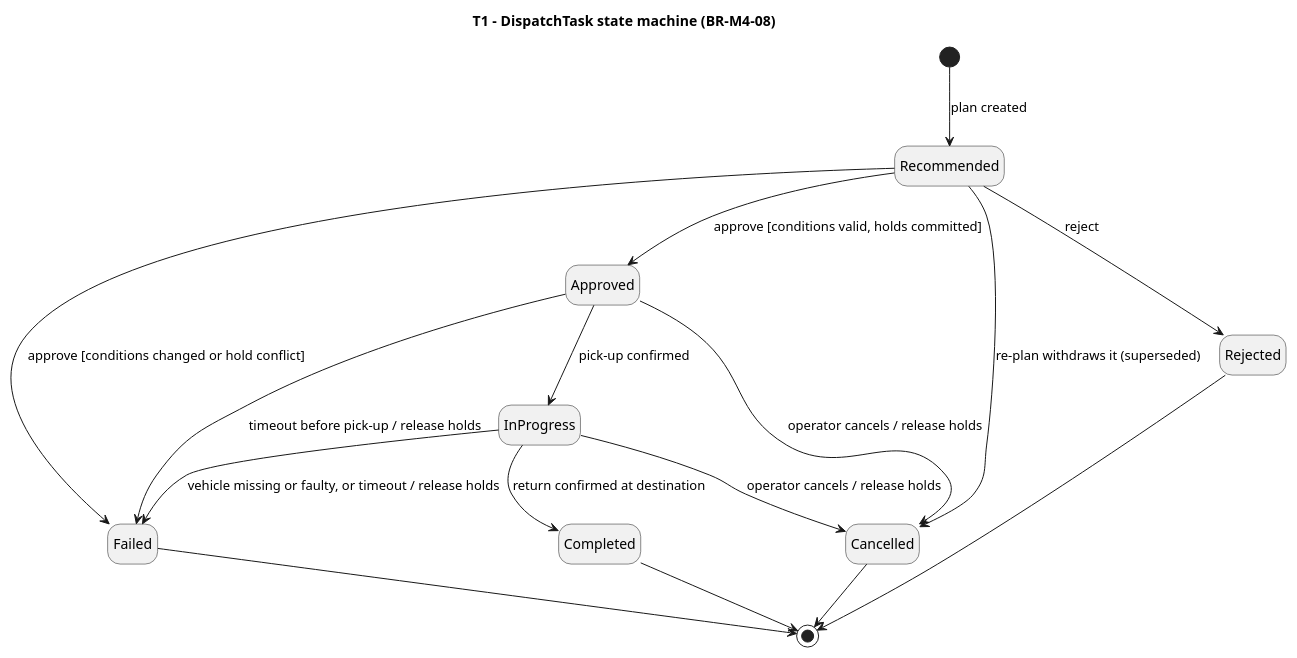
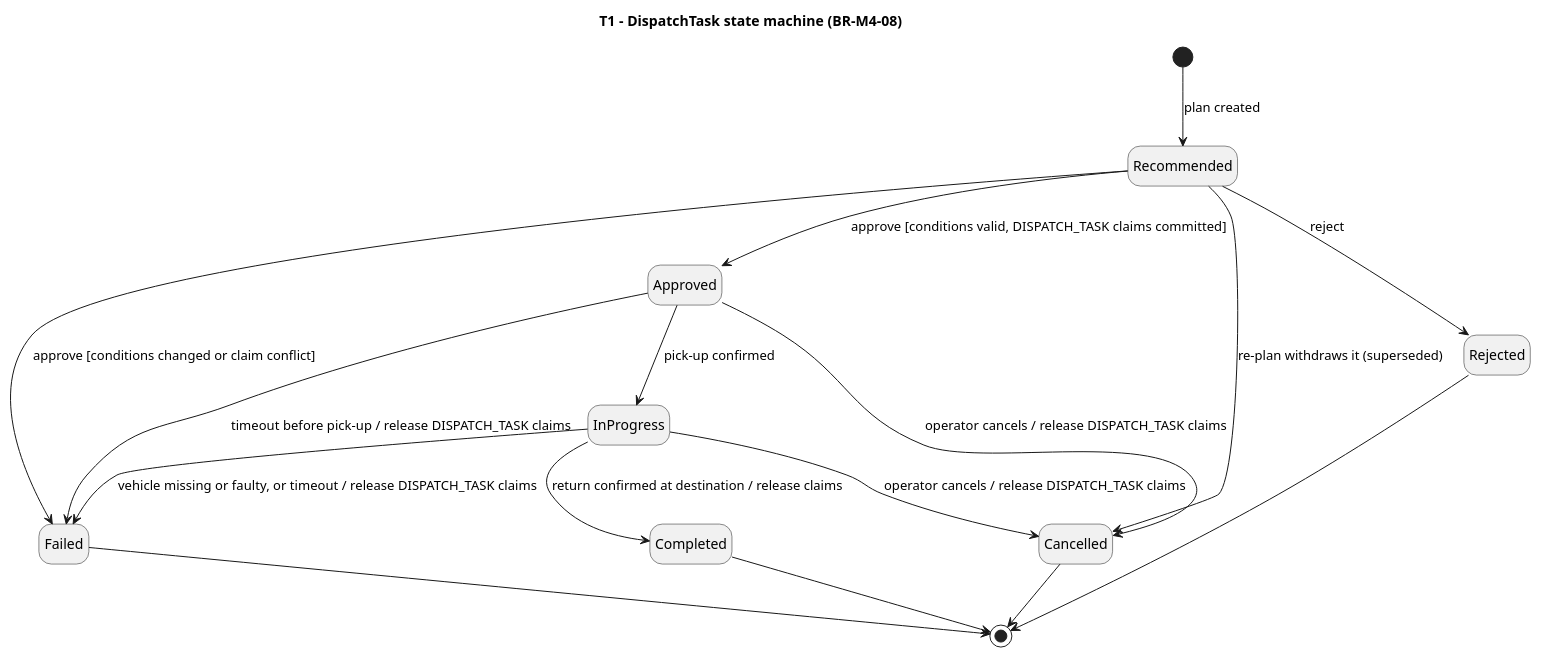
The diagram in docs/design/behavioral/allocation-diagrams/t1-dispatch-task-state.puml (MabC06/smart-e-mobility-hub), drawn with PlantUML before and after one commit. The commit also changed 14 other files, not shown here.

First line of the commit message:
docs(allocation): align dispatch claim flows with D-017 (FR-10)

```diff
--- a/docs/design/behavioral/allocation-diagrams/t1-dispatch-task-state.puml
+++ b/docs/design/behavioral/allocation-diagrams/t1-dispatch-task-state.puml
@@ -1,21 +1,21 @@
 @startuml
 title T1 - DispatchTask state machine (BR-M4-08)
 skinparam shadowing false
 skinparam defaultFontName Arial
 hide empty description
 [*] --> Recommended : plan created
-Recommended --> Approved : approve [conditions valid, holds committed]
+Recommended --> Approved : approve [conditions valid, DISPATCH_TASK claims committed]
 Recommended --> Rejected : reject
-Recommended --> Failed : approve [conditions changed or hold conflict]
+Recommended --> Failed : approve [conditions changed or claim conflict]
 Recommended --> Cancelled : re-plan withdraws it (superseded)
 Approved --> InProgress : pick-up confirmed
-Approved --> Cancelled : operator cancels / release holds
-Approved --> Failed : timeout before pick-up / release holds
-InProgress --> Completed : return confirmed at destination
-InProgress --> Cancelled : operator cancels / release holds
-InProgress --> Failed : vehicle missing or faulty, or timeout / release holds
+Approved --> Cancelled : operator cancels / release DISPATCH_TASK claims
+Approved --> Failed : timeout before pick-up / release DISPATCH_TASK claims
+InProgress --> Completed : return confirmed at destination / release claims
+InProgress --> Cancelled : operator cancels / release DISPATCH_TASK claims
+InProgress --> Failed : vehicle missing or faulty, or timeout / release DISPATCH_TASK claims
 Completed --> [*]
 Rejected --> [*]
 Cancelled --> [*]
 Failed --> [*]
 @enduml
```
